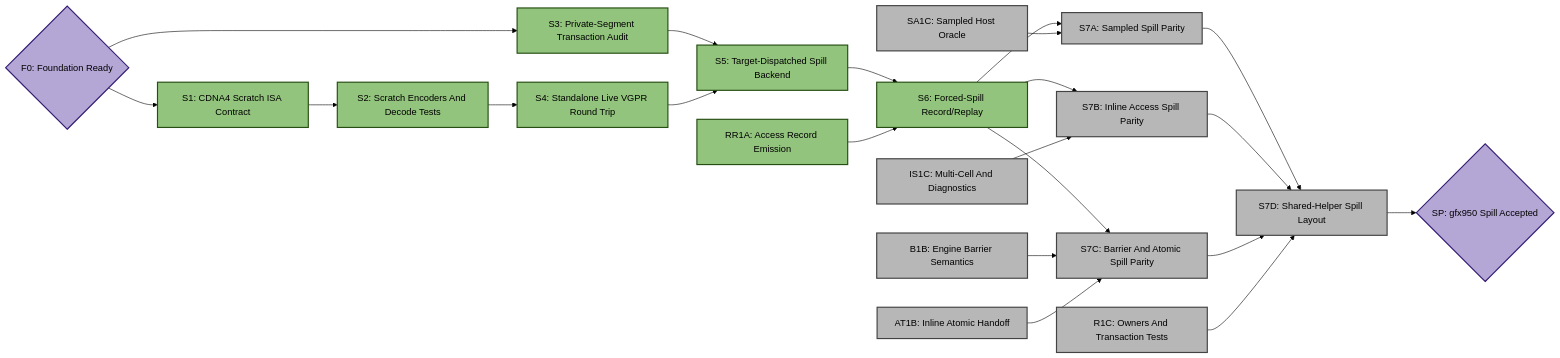
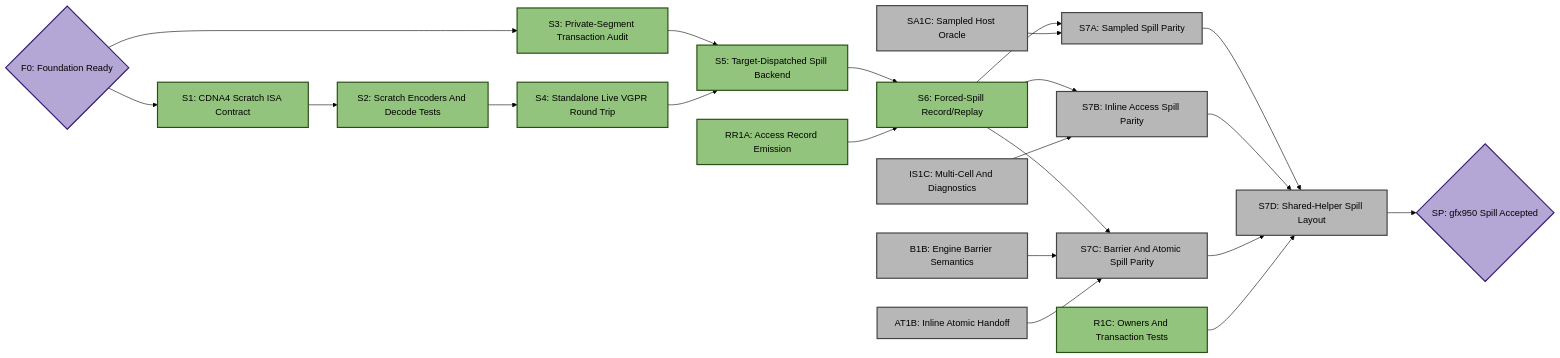
One commit to ROCm/rocm-systems changed the third of 5 diagrams in emulation/rocjitsu/docs/consan/PLAN_GFX950.md. Above: the diagram before and after it, drawn with Mermaid (forest theme). The commit also changed other lines of this file and 1 other file, not shown here.

````diff
--- a/emulation/rocjitsu/docs/consan/PLAN_GFX950.md
+++ b/emulation/rocjitsu/docs/consan/PLAN_GFX950.md
@@ -212,47 +219,47 @@
 ```mermaid
 flowchart LR
   F0{"F0: Foundation Ready"}:::target
   S1["S1: CDNA4 Scratch ISA Contract"]:::done
   S2["S2: Scratch Encoders And Decode Tests"]:::done
   S3["S3: Private-Segment Transaction Audit"]:::done
   S4["S4: Standalone Live VGPR Round Trip"]:::done
   S5["S5: Target-Dispatched Spill Backend"]:::done
   RR1A["RR1A: Access Record Emission"]:::done
   S6["S6: Forced-Spill Record/Replay"]:::done
   SA1C["SA1C: Sampled Host Oracle"]:::todo
   IS1C["IS1C: Multi-Cell And Diagnostics"]:::todo
   B1B["B1B: Engine Barrier Semantics"]:::todo
   AT1B["AT1B: Inline Atomic Handoff"]:::todo
-  R1C["R1C: Owners And Transaction Tests"]:::todo
+  R1C["R1C: Owners And Transaction Tests"]:::done
   S7A["S7A: Sampled Spill Parity"]:::todo
   S7B["S7B: Inline Access Spill Parity"]:::todo
   S7C["S7C: Barrier And Atomic Spill Parity"]:::todo
   S7D["S7D: Shared-Helper Spill Layout"]:::todo
   SP{"SP: gfx950 Spill Accepted"}:::target
 
   F0 --> S1
   F0 --> S3
   S1 --> S2
   S2 --> S4
   S3 --> S5
   S4 --> S5
   S5 --> S6
   RR1A --> S6
   S6 --> S7A
   SA1C --> S7A
   S6 --> S7B
   IS1C --> S7B
   S6 --> S7C
   B1B --> S7C
   AT1B --> S7C
   S7A --> S7D
   S7B --> S7D
   S7C --> S7D
   R1C --> S7D
   S7D --> SP
 
   classDef done fill:#93c47d,stroke:#274e13,stroke-width:2px,color:#000;
   classDef active fill:#f6b26b,stroke:#783f04,stroke-width:2px,color:#000;
   classDef todo fill:#b7b7b7,stroke:#434343,stroke-width:2px,color:#000;
   classDef target fill:#b4a7d6,stroke:#351c75,stroke-width:2px,color:#000;
 ```
````
